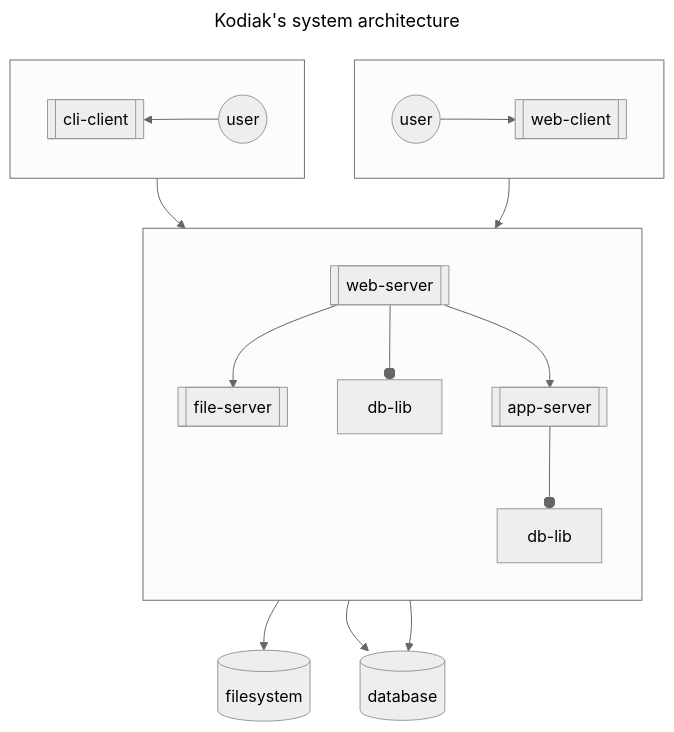
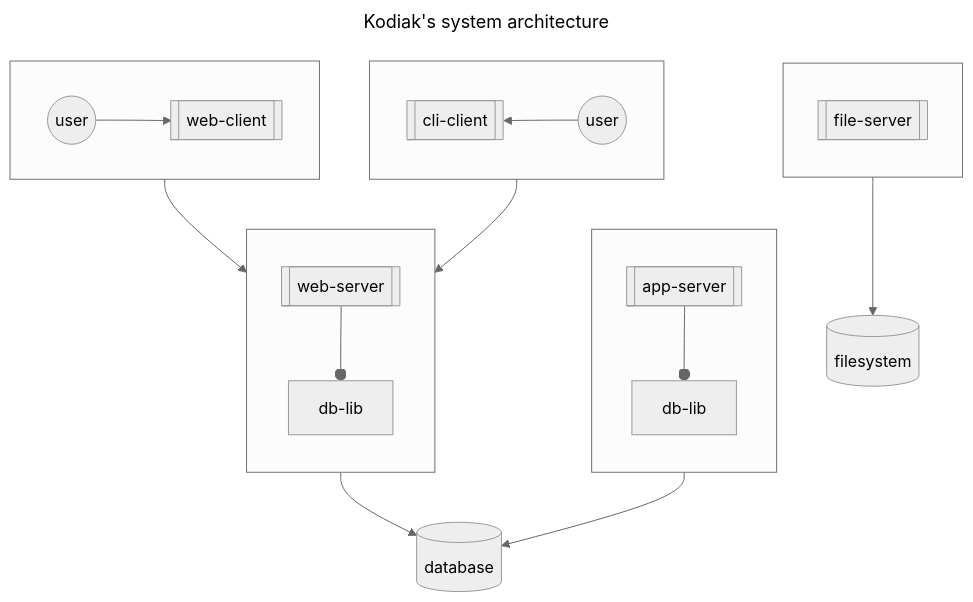
The first of 2 diagrams in SYSTEM-ARCHITECTURE.md (polarlabs/kodiak-diagrams), drawn with Mermaid (neutral theme) before and after one commit.

Commit message:
Revert "fix: rearrange arrows."
This reverts commit 3c7ede20e697230d0f435aeaa835c1eacad96631.

````diff
--- a/SYSTEM-ARCHITECTURE.md
+++ b/SYSTEM-ARCHITECTURE.md
@@ -5,28 +5,32 @@
 ```mermaid
 ---
 title: Kodiak's system architecture
 ---
 flowchart TB
   direction TB
   subgraph user-web[ ]
     direction LR
     web-user((user)) --> web-client[[web-client]]
   end
   subgraph user-cli[ ]
     direction RL
     cli-user((user)) --> cli-client[[cli-client]]
   end
-  subgraph server[ ]
+  subgraph file-server[ ]
     direction TB
-    file-server.api[[file-server]]
-    web-server.api[[web-server]] --o web-server.db-lib[db-lib]
-    app-server.api[[app-server]] --o app-server.db-lib[db-lib]
+    file-server.pro[[file-server]]
   end
-  web-client --> web-server.api
-  cli-client --> web-server.api
-  web-server.api --> file-server.api
-  web-server.api --> app-server.api
-  file-server.api --> filesystem[(filesystem)]
-  web-server.api --> database[(database)]
-  app-server.api --> database[(database)]
+  subgraph web-server[ ]
+    direction TB
+    web-server.pro[[web-server]] --o web-server.db-lib[db-lib]
+  end
+  subgraph app-server[ ]
+    direction TB
+    app-server.pro[[app-server]] --o app-server.db-lib[db-lib]
+  end
+  user-web --> web-server
+  user-cli --> web-server
+  file-server --> filesystem[(filesystem)]
+  web-server --> database[(database)]
+  app-server --> database[(database)]
 ```
````
